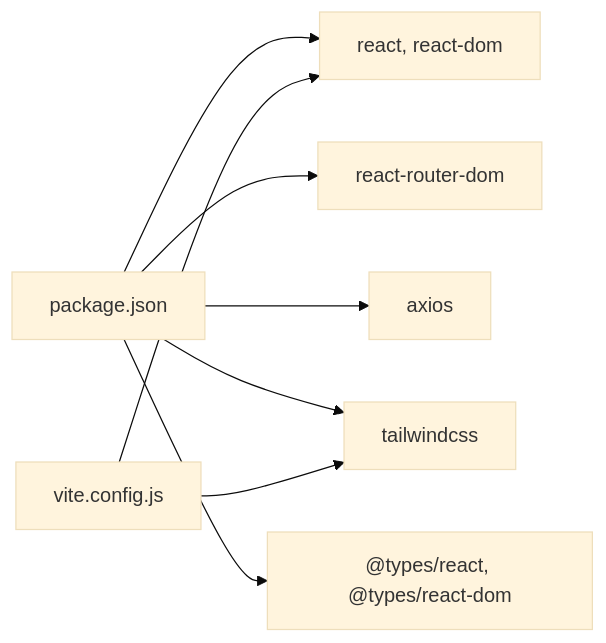
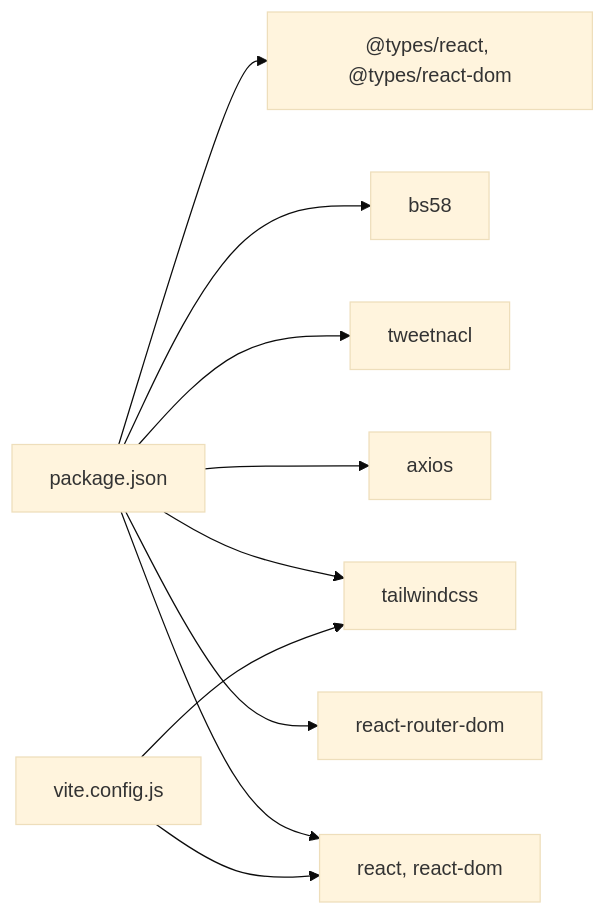
Before and after one commit to RunTimeAdmin/AgentID: the ninth of 9 diagrams in .qoder/repowiki/en/content/Frontend Application/Frontend Application.md, drawn with Mermaid (base theme). The commit also changed other lines of this file and 31 other files, not shown here.

````diff
--- a/.qoder/repowiki/en/content/Frontend Application/Frontend Application.md
+++ b/.qoder/repowiki/en/content/Frontend Application/Frontend Application.md
@@ -463,17 +503,21 @@
 ```mermaid
 graph LR
 Pkg["package.json"]
 Vite["vite.config.js"]
 React["react, react-dom"]
 Router["react-router-dom"]
 Axios["axios"]
+Tweetnacl["tweetnacl"]
+Bs58["bs58"]
 Tailwind["tailwindcss"]
 Types["@types/react, @types/react-dom"]
 Pkg --> React
 Pkg --> Router
 Pkg --> Axios
+Pkg --> Tweetnacl
+Pkg --> Bs58
 Pkg --> Tailwind
 Pkg --> Types
 Vite --> Tailwind
 Vite --> React
 ```
````
